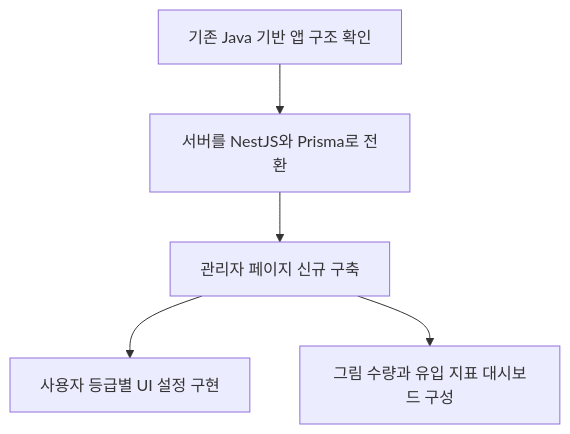
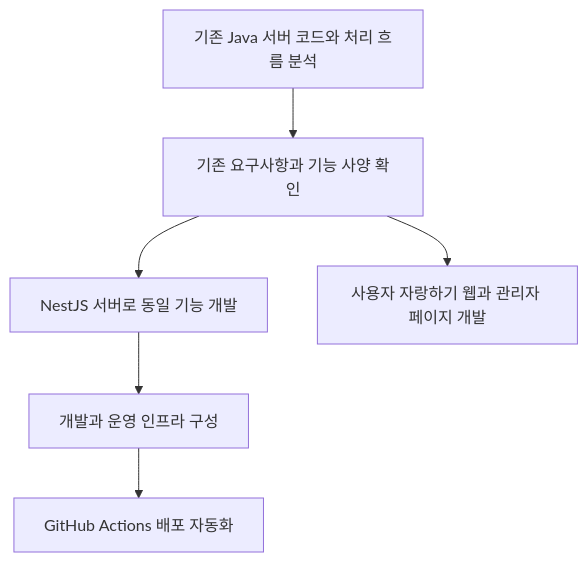
The first of 2 diagrams in projects/education-services/art-service-renewal.md (KimHG1995/work-history), drawn with Mermaid before and after one commit. The commit also changed other lines of this file and 5 other files, not shown here.

````diff
--- a/projects/education-services/art-service-renewal.md
+++ b/projects/education-services/art-service-renewal.md
@@ -31,7 +59,8 @@
 ```mermaid
 flowchart TD
-    old["기존 Java 기반 앱 구조 확인"] --> server["서버를 NestJS와 Prisma로 전환"]
-    server --> admin["관리자 페이지 신규 구축"]
-    admin --> grade["사용자 등급별 UI 설정 구현"]
-    admin --> dashboard["그림 수량과 유입 지표 대시보드 구성"]
+    analyze["기존 Java 서버 코드와 처리 흐름 분석"] --> spec["기존 요구사항과 기능 사양 확인"]
+    spec --> server["NestJS 서버로 동일 기능 개발"]
+    spec --> web["사용자 자랑하기 웹과 관리자 페이지 개발"]
+    server --> infra["개발과 운영 인프라 구성"]
+    infra --> deploy["GitHub Actions 배포 자동화"]
 ```
````
